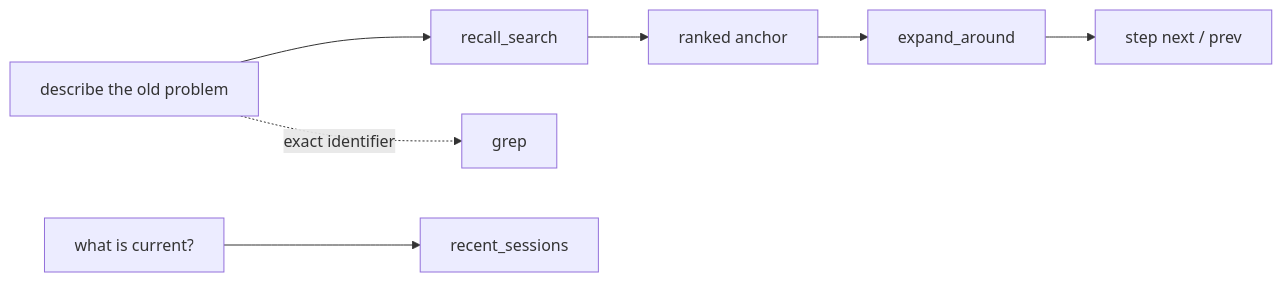
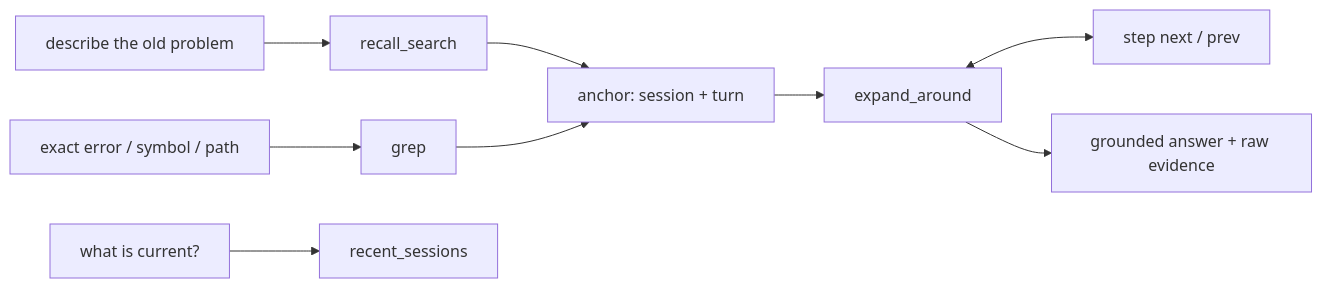
The first of 2 diagrams in README.es-ES.md (AbsoluteMode/session-recall), drawn with Mermaid before and after one commit. The commit also changed 3 other files, not shown here.

First line of the commit message:
docs: tools diagram — grep joins the evidence chain, add the outcome node (#53)

````diff
--- a/README.es-ES.md
+++ b/README.es-ES.md
@@ -89,9 +89,11 @@
 ```mermaid
 flowchart LR
     Q["describe the old problem"] --> S["recall_search"]
-    S --> A["ranked anchor"]
+    X["exact error / symbol / path"] --> G["grep"]
+    S --> A["anchor: session + turn"]
+    G --> A
     A --> E["expand_around"]
-    E --> T["step next / prev"]
-    Q -. exact identifier .-> G["grep"]
+    E <--> T["step next / prev"]
+    E --> V["grounded answer + raw evidence"]
     R["what is current?"] --> RS["recent_sessions"]
 ```
````
